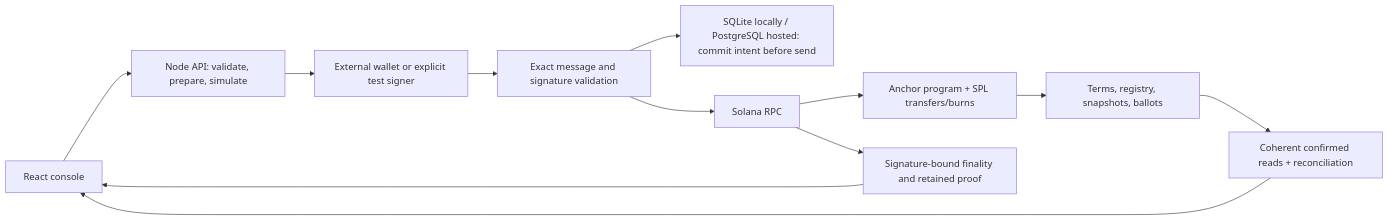
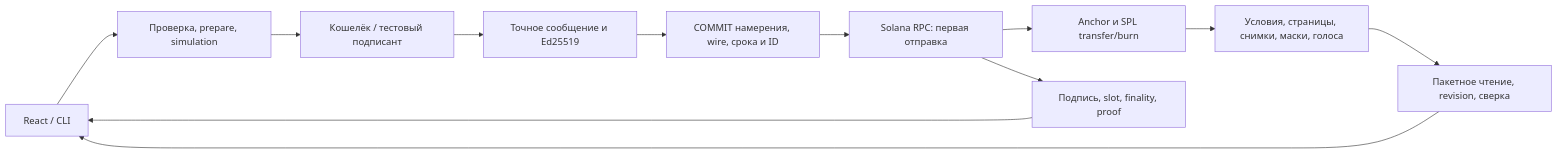
The diagram in README.ru.md (dimik98330/solana-worldsfair-2026), drawn with Mermaid before and after one commit. The commit also changed other lines of this file and 78 other files, not shown here.

````diff
--- a/README.ru.md
+++ b/README.ru.md
@@ -83,14 +91,14 @@
 ```mermaid
 flowchart LR
-  UI[React console] --> API[Node API: validate, prepare, simulate]
-  API --> Wallet[External wallet or explicit test signer]
-  Wallet --> Relay[Exact message and signature validation]
-  Relay --> Journal[SQLite locally / PostgreSQL hosted: commit intent before send]
-  Relay --> RPC[Solana RPC]
-  RPC --> Program[Anchor program + SPL transfers/burns]
-  Program --> Accounts[Terms, registry, snapshots, ballots]
-  Accounts --> Read[Coherent confirmed reads + reconciliation]
+  UI[React / CLI] --> API[Проверка, prepare, simulation]
+  API --> Sign[Кошелёк / тестовый подписант]
+  Sign --> Relay[Точное сообщение и Ed25519]
+  Relay --> DB[COMMIT намерения, wire, срока и ID]
+  DB --> RPC[Solana RPC: первая отправка]
+  RPC --> Program[Anchor и SPL transfer/burn]
+  Program --> State[Условия, страницы, снимки, маски, голоса]
+  State --> Read[Пакетное чтение, revision, сверка]
   Read --> UI
-  RPC --> Proof[Signature-bound finality and retained proof]
+  RPC --> Proof[Подпись, slot, finality, proof]
   Proof --> UI
 ```
````
